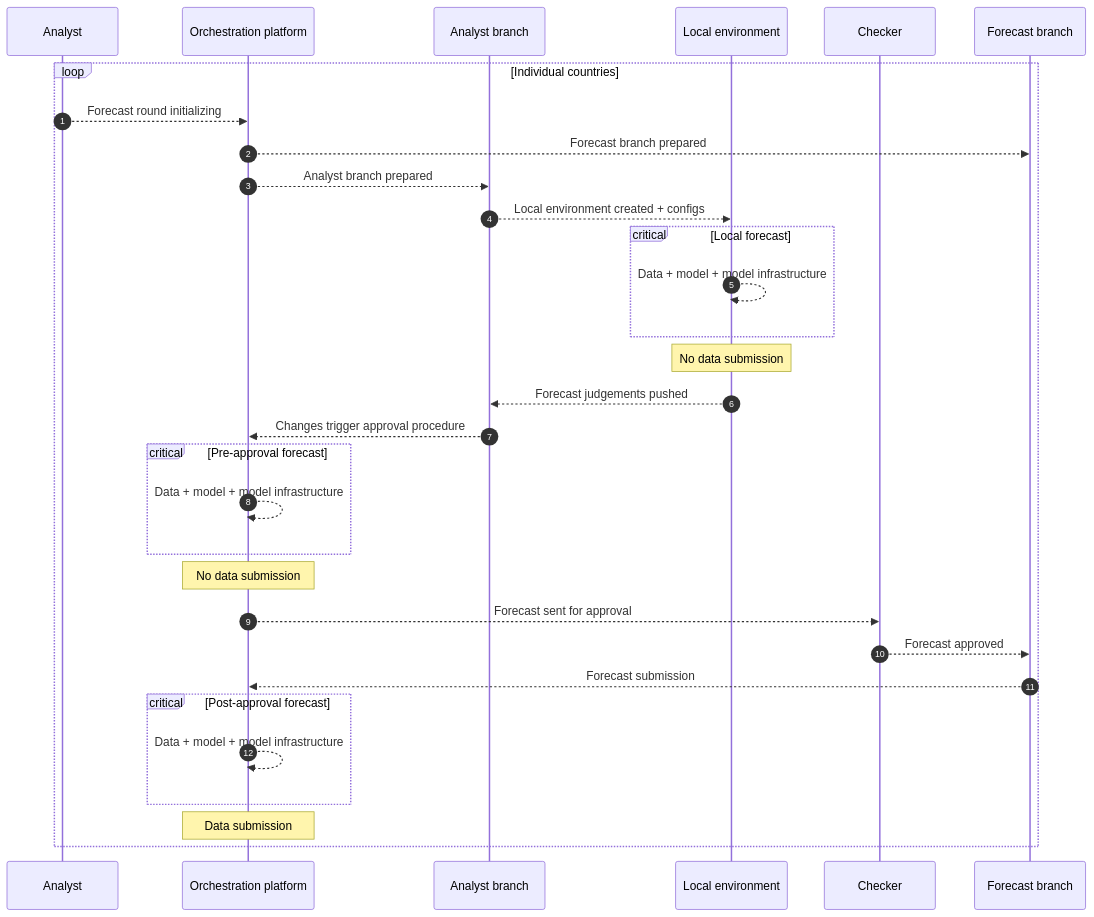
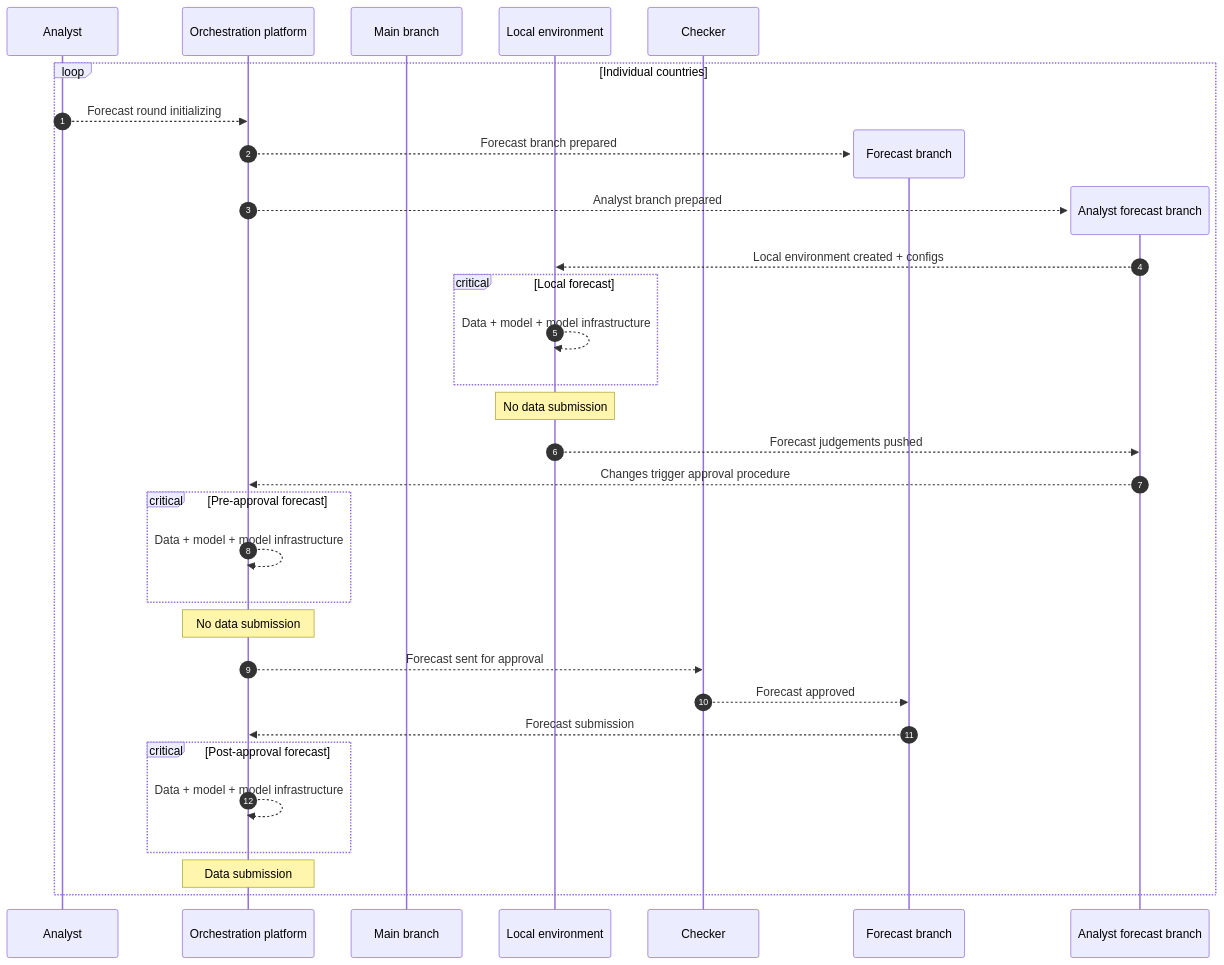
One commit to OGR-EIU/docs-workflows changed the first of 2 diagrams in forecast-workflow.md. Above: the diagram before and after it, drawn with Mermaid.

````diff
--- a/forecast-workflow.md
+++ b/forecast-workflow.md
@@ -5,36 +5,38 @@
 ```mermaid
 sequenceDiagram
 	participant USA as Analyst
 	participant ORC as Orchestration platform
-	participant WKA as Analyst branch
+        participant WKM as Main branch
 	participant LOC as Local environment
 	participant USC as Checker
-	participant WKF as Forecast branch
+	
 
 	autonumber
 
     loop Individual countries
 		USA -->> ORC: Forecast round initializing
+                create participant WKF as Forecast branch
 		ORC -->> WKF: Forecast branch prepared
+                create participant WKA as Analyst forecast branch
 		ORC -->> WKA: Analyst branch prepared
 		WKA -->> LOC: Local environment created + configs
 		critical Local forecast
 			LOC -->> LOC: Data + model + model infrastructure
 		end
 		Note over LOC, LOC: No data submission
 
 		LOC -->> WKA: Forecast judgements pushed
 		WKA -->> ORC: Changes trigger approval procedure
 		critical Pre-approval forecast
 			ORC -->> ORC: Data + model + model infrastructure
 		end
 		Note over ORC, ORC: No data submission
 		ORC -->> USC: Forecast sent for approval
 		USC -->> WKF: Forecast approved
 		WKF -->> ORC: Forecast submission
 		critical Post-approval forecast
 			ORC -->> ORC: Data + model + model infrastructure
 		end
 		Note over ORC, ORC: Data submission
     end
 ```
````
